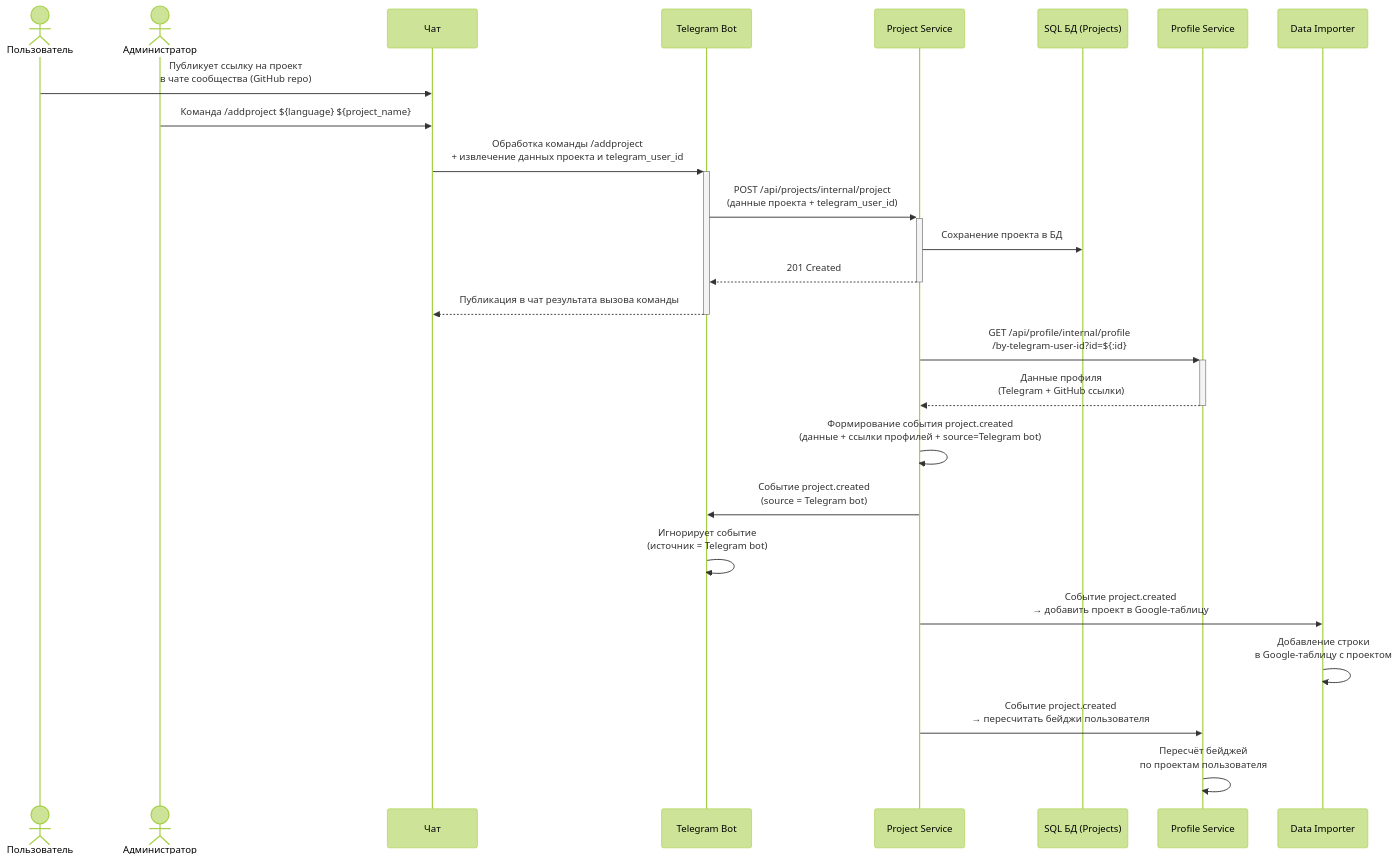
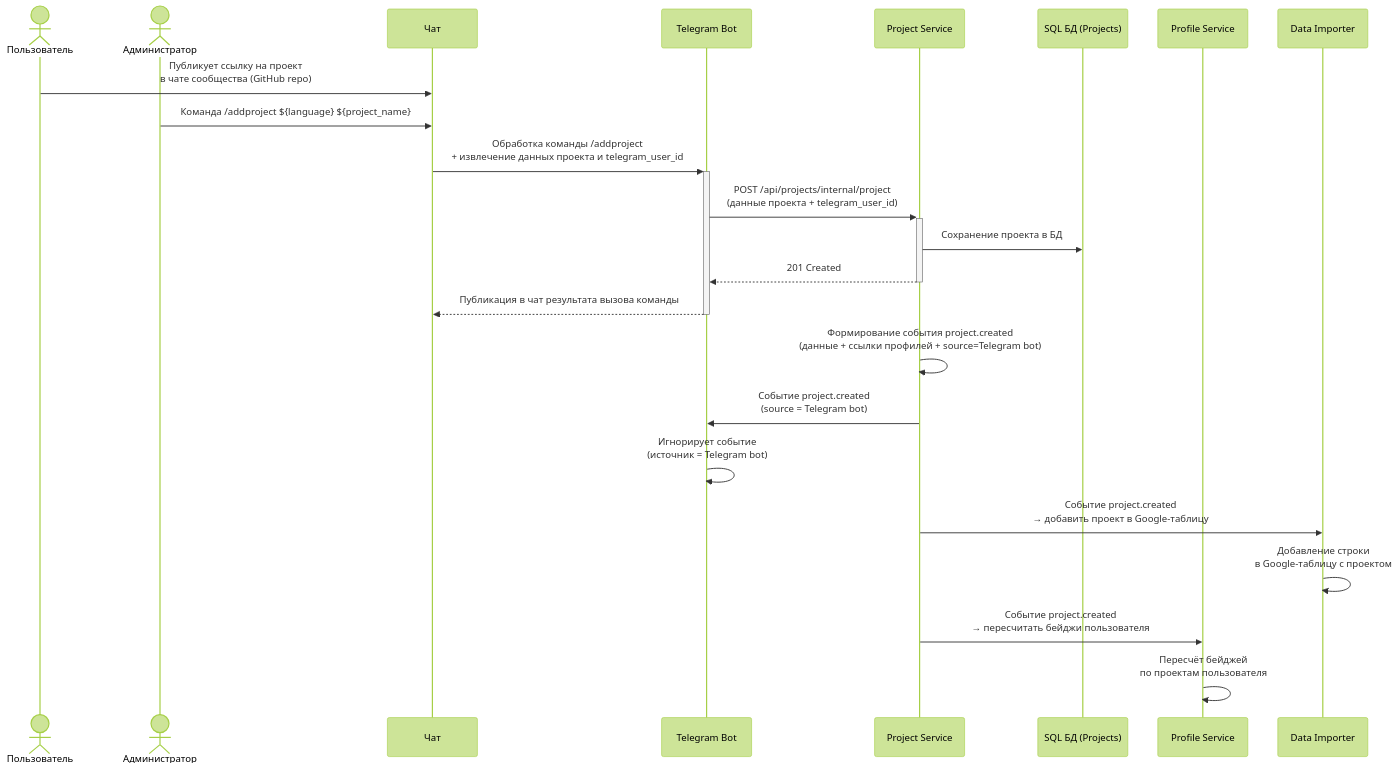
The second of 3 diagrams in system-analytics/functionality/projects-bookkeeping.md (it-mentor-community-platform/meta), drawn with Mermaid (forest theme) before and after one commit. The commit also changed other lines of this file, not shown here.

First line of the commit message:
system analytics: projects bookkeeping - unnecessary requests to profile service removed

````diff
--- a/system-analytics/functionality/projects-bookkeeping.md
+++ b/system-analytics/functionality/projects-bookkeeping.md
@@ -62,35 +57,32 @@
 ```mermaid
 sequenceDiagram
     actor User as Пользователь
     actor Admin as Администратор
     participant Chat as Чат
     participant TelegramBot as Telegram Bot
     participant ProjectService as Project Service
     participant SQLDB as SQL БД (Projects)
     participant ProfileService as Profile Service
     participant DataImporter as Data Importer
 
     User ->> Chat: Публикует ссылку на проект<br/>в чате сообщества (GitHub repo)
     Admin ->> Chat: Команда /addproject ${language} ${project_name}
 
     Chat ->>+ TelegramBot: Обработка команды /addproject<br/>+ извлечение данных проекта и telegram_user_id
     TelegramBot ->>+ ProjectService: POST /api/projects/internal/project<br/>(данные проекта + telegram_user_id)
 
     ProjectService ->> SQLDB: Сохранение проекта в БД
     ProjectService -->>- TelegramBot: 201 Created
     TelegramBot -->>- Chat: Публикация в чат результата вызова команды
 
-    ProjectService ->>+ ProfileService: GET /api/profile/internal/profile<br/>/by-telegram-user-id?id=${:id}
-    ProfileService -->>- ProjectService: Данные профиля<br/>(Telegram + GitHub ссылки)
-
     ProjectService ->> ProjectService: Формирование события project.created<br/>(данные + ссылки профилей + source=Telegram bot)
 
     ProjectService ->> TelegramBot: Событие project.created<br/>(source = Telegram bot)
     TelegramBot ->> TelegramBot: Игнорирует событие<br/>(источник = Telegram bot)
 
     ProjectService ->> DataImporter: Событие project.created<br/>→ добавить проект в Google-таблицу
     DataImporter ->> DataImporter: Добавление строки<br/>в Google-таблицу с проектом
 
     ProjectService ->> ProfileService: Событие project.created<br/>→ пересчитать бейджи пользователя
     ProfileService ->> ProfileService: Пересчёт бейджей<br/>по проектам пользователя
 ```
````
